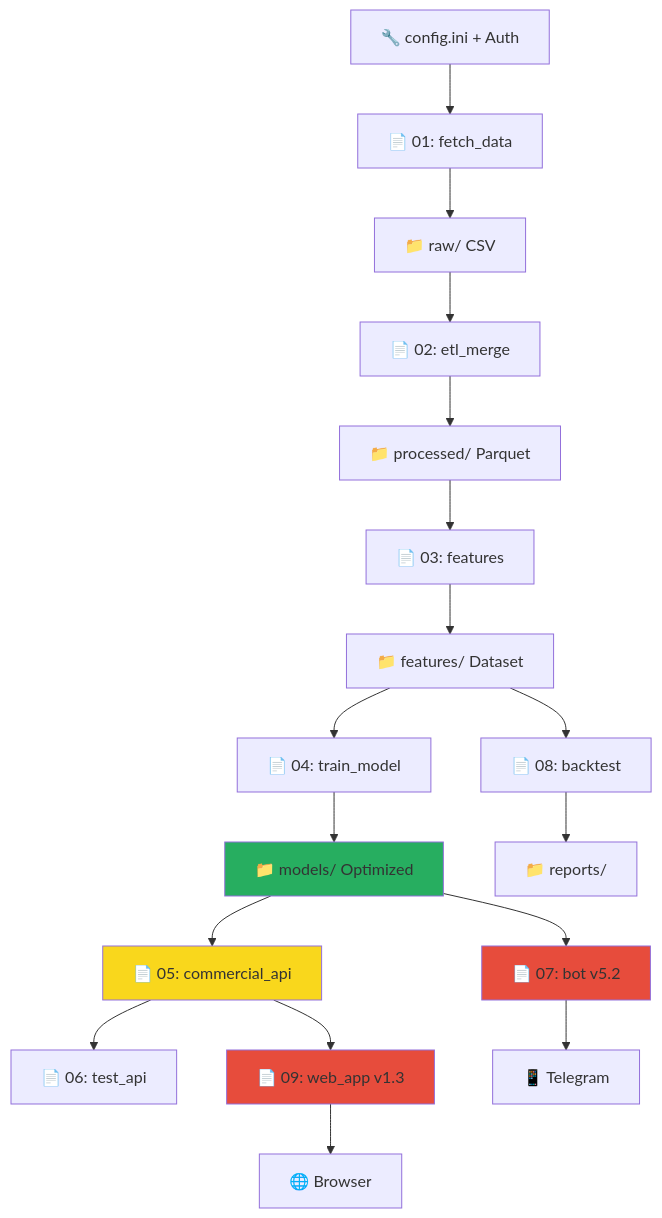
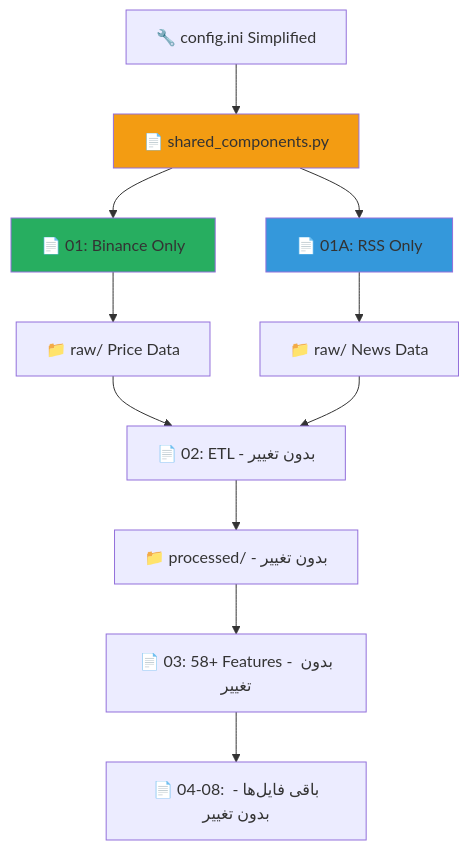
The diagram in data/scripts/readme.md (ama3639/MachineLearning), drawn with Mermaid before and after one commit. The commit also changed other lines of this file and 4 other files, not shown here.

Commit message:
fetch_historical_data_01

````diff
--- a/data/scripts/readme.md
+++ b/data/scripts/readme.md
@@ -375,18 +273,17 @@
 ```mermaid
 graph TB
-    A[🔧 config.ini + Auth] --> B[📄 01: fetch_data]
-    B --> C[📁 raw/ CSV] --> D[📄 02: etl_merge]
-    D --> E[📁 processed/ Parquet] --> F[📄 03: features]
-    F --> G[📁 features/ Dataset] --> H[📄 04: train_model]
-    H --> I[📁 models/ Optimized] --> J[📄 05: commercial_api]
-    J --> K[📄 06: test_api]
-    I --> L[📄 07: bot v5.2] --> M[📱 Telegram]
-    J --> N[📄 09: web_app v1.3] --> O[🌐 Browser]
-    G --> P[📄 08: backtest] --> Q[📁 reports/]
+    A[🔧 config.ini Simplified] --> B[📄 shared_components.py]
+    B --> C[📄 01: Binance Only]
+    B --> D[📄 01A: RSS Only]
+    C --> E[📁 raw/ Price Data]
+    D --> F[📁 raw/ News Data]
+    E --> G[📄 02: ETL - بدون تغییر]
+    F --> G
+    G --> H[📁 processed/ - بدون تغییر]
+    H --> I[📄 03: 58+ Features - بدون تغییر]
+    I --> J[📄 04-08: باقی فایل‌ها - بدون تغییر]
     
-    style J fill:#f9d71c
-    style N fill:#f9d71c
-    style I fill:#27ae60
-    style L fill:#e74c3c
-    style N fill:#e74c3c
+    style C fill:#27ae60
+    style D fill:#3498db
+    style B fill:#f39c12
 ```
````
